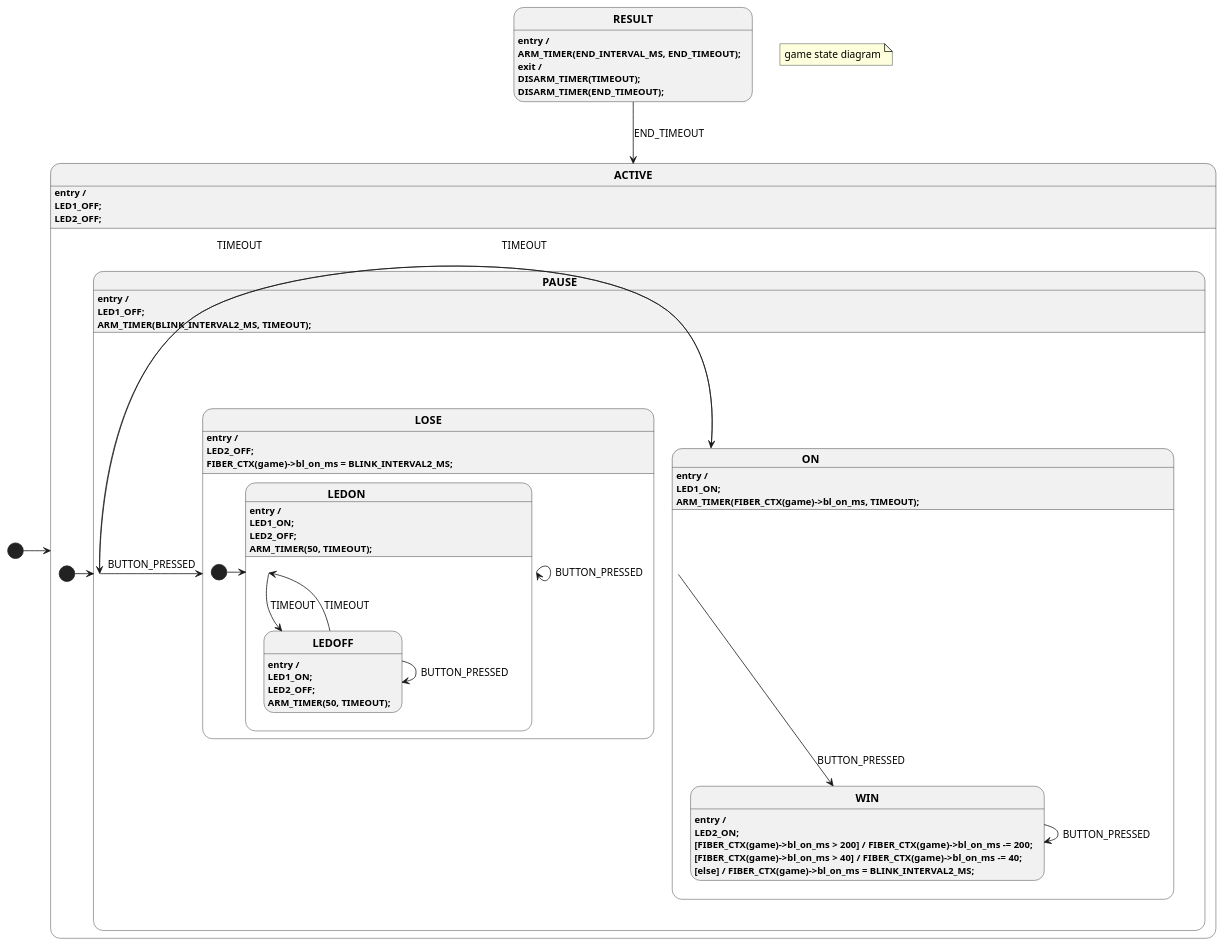
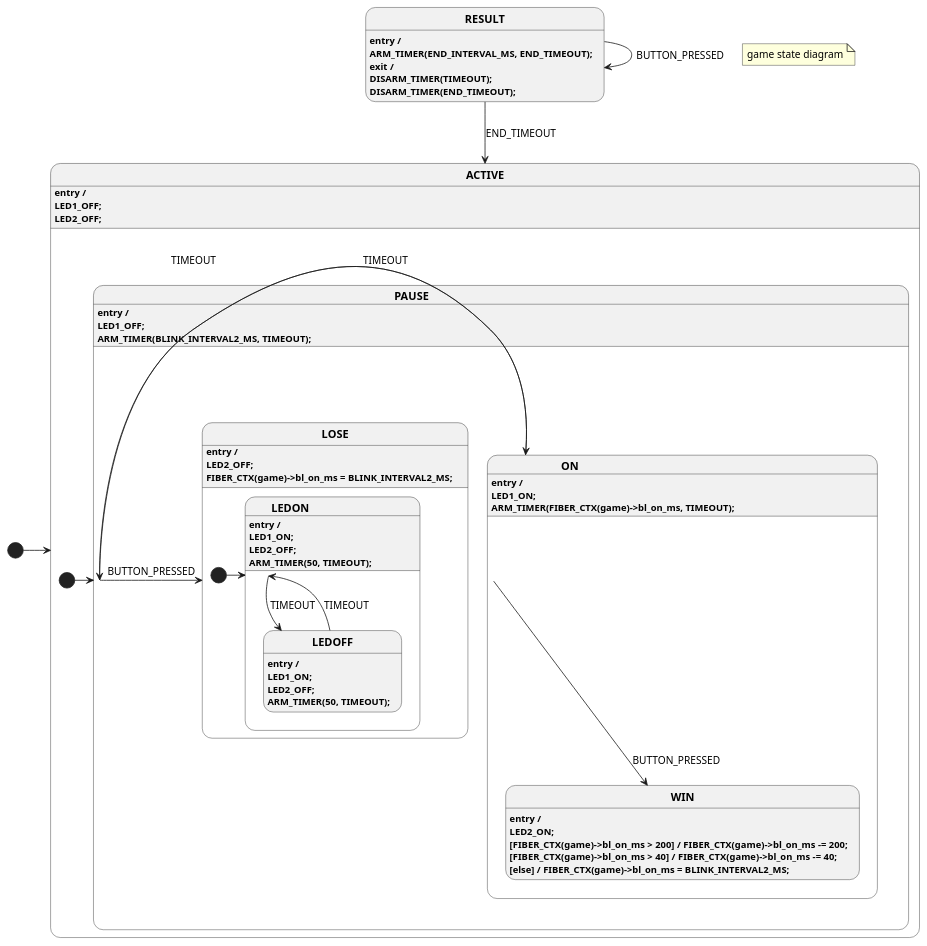
One commit to mryndzionek/scxml2plantuml changed the diagram in gen/game.pu. Above: the diagram before and after it, drawn with PlantUML. The commit also changed 1 other file, not shown here.

```diff
--- a/gen/game.pu
+++ b/gen/game.pu
@@ -1,86 +1,82 @@
 @startuml
 
 skinparam state {
   FontStyle bold
 }
 
 note "game state diagram" as TITLENOTE
 
 [*] -> ACTIVE
 state ACTIVE {
 ACTIVE : **entry /** 
 ACTIVE : LED1_OFF;
 ACTIVE : LED2_OFF;
     [*] -> PAUSE
 state PAUSE {
 PAUSE : **entry /** 
 PAUSE : LED1_OFF;
 PAUSE : ARM_TIMER(BLINK_INTERVAL2_MS, TIMEOUT);
     PAUSE -> ON : TIMEOUT 
 
     PAUSE -> LOSE : BUTTON_PRESSED 
 
 }
 
 state ON {
 ON : **entry /** 
 ON : LED1_ON;
 ON : ARM_TIMER(FIBER_CTX(game)->bl_on_ms, TIMEOUT);
     ON --> PAUSE : TIMEOUT 
 
     ON --> WIN : BUTTON_PRESSED 
 
 }
 
 }
 
 state RESULT {
 RESULT : **entry /** 
 RESULT : ARM_TIMER(END_INTERVAL_MS, END_TIMEOUT);
 RESULT : **exit /** 
 RESULT : DISARM_TIMER(TIMEOUT);
 RESULT : DISARM_TIMER(END_TIMEOUT);
     RESULT --> ACTIVE : END_TIMEOUT 
 
+    RESULT --> RESULT : BUTTON_PRESSED 
+
 state WIN {
 WIN : **entry /** 
 WIN : LED2_ON;                                                              
 WIN : [FIBER_CTX(game)->bl_on_ms  > 200] / FIBER_CTX(game)->bl_on_ms -= 200;
 WIN : [FIBER_CTX(game)->bl_on_ms  > 40] / FIBER_CTX(game)->bl_on_ms -= 40;  
 WIN : [else] / FIBER_CTX(game)->bl_on_ms = BLINK_INTERVAL2_MS;              
-    WIN --> WIN : BUTTON_PRESSED 
-
 }
 
 state LOSE {
 LOSE : **entry /** 
 LOSE : LED2_OFF;
 LOSE : FIBER_CTX(game)->bl_on_ms = BLINK_INTERVAL2_MS;
     [*] -> LEDON
 state LEDON {
 LEDON : **entry /** 
 LEDON : LED1_ON;
 LEDON : LED2_OFF;
 LEDON : ARM_TIMER(50, TIMEOUT);
-    LEDON --> LEDON : BUTTON_PRESSED 
-
     LEDON --> LEDOFF : TIMEOUT 
 
 }
 
 state LEDOFF {
 LEDOFF : **entry /** 
 LEDOFF : LED1_ON;               
 LEDOFF : LED2_OFF;              
 LEDOFF : ARM_TIMER(50, TIMEOUT);
-    LEDOFF --> LEDOFF : BUTTON_PRESSED 
-
     LEDOFF --> LEDON : TIMEOUT 
 
 }
 
 }
 
 }
 
 @enduml
```
